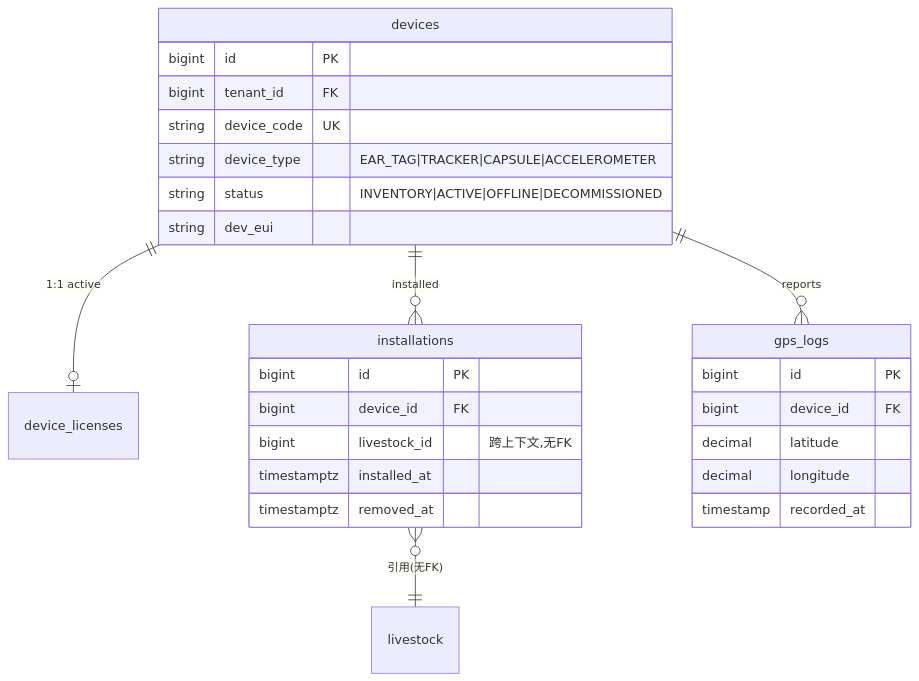
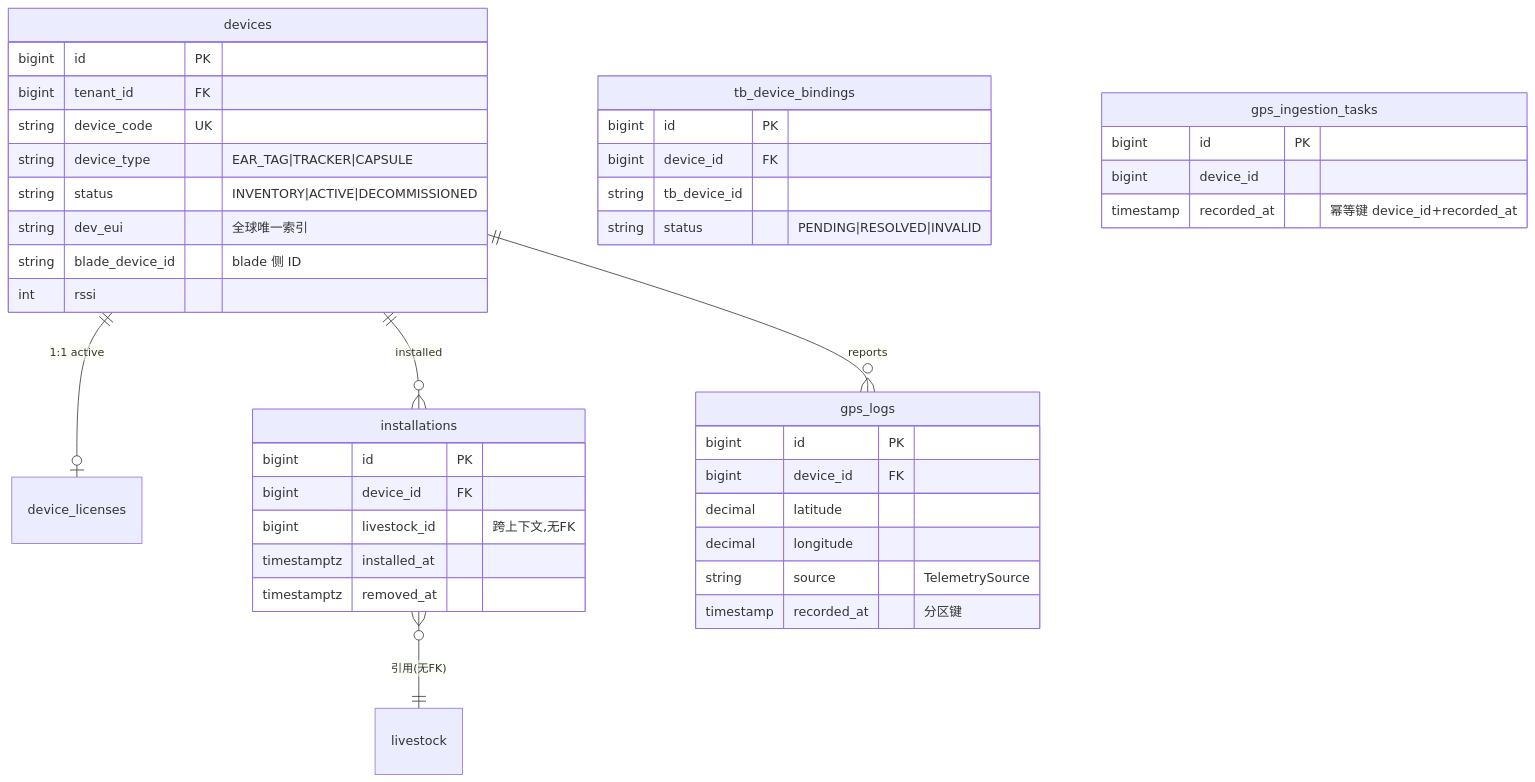
One commit to aime4eve/smart-livestock changed the eighth of 17 diagrams in docs/product/system-architecture.md. Above: the diagram before and after it, drawn with Mermaid. The commit also changed other lines of this file and 6 other files, not shown here.

````diff
--- a/docs/product/system-architecture.md
+++ b/docs/product/system-architecture.md
@@ -436,30 +475,44 @@
 ```mermaid
 erDiagram
     devices ||--o| device_licenses : "1:1 active"
     devices ||--o{ installations : installed
     devices ||--o{ gps_logs : reports
     installations }o--|| livestock : "引用(无FK)"
 
     devices {
         bigint id PK
         bigint tenant_id FK
         string device_code UK
-        string device_type "EAR_TAG|TRACKER|CAPSULE|ACCELEROMETER"
-        string status "INVENTORY|ACTIVE|OFFLINE|DECOMMISSIONED"
-        string dev_eui
+        string device_type "EAR_TAG|TRACKER|CAPSULE"
+        string status "INVENTORY|ACTIVE|DECOMMISSIONED"
+        string dev_eui "全球唯一索引"
+        string blade_device_id "blade 侧 ID"
+        int rssi
+    }
+    tb_device_bindings {
+        bigint id PK
+        bigint device_id FK
+        string tb_device_id
+        string status "PENDING|RESOLVED|INVALID"
+    }
+    gps_ingestion_tasks {
+        bigint id PK
+        bigint device_id
+        timestamp recorded_at "幂等键 device_id+recorded_at"
     }
     installations {
         bigint id PK
         bigint device_id FK
         bigint livestock_id "跨上下文,无FK"
         timestamptz installed_at
         timestamptz removed_at
     }
     gps_logs {
         bigint id PK
         bigint device_id FK
         decimal latitude
         decimal longitude
-        timestamp recorded_at
+        string source "TelemetrySource"
+        timestamp recorded_at "分区键"
     }
 ```
````
